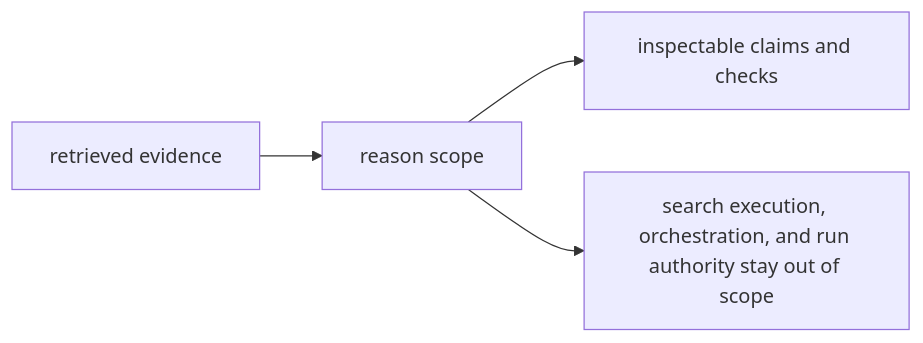
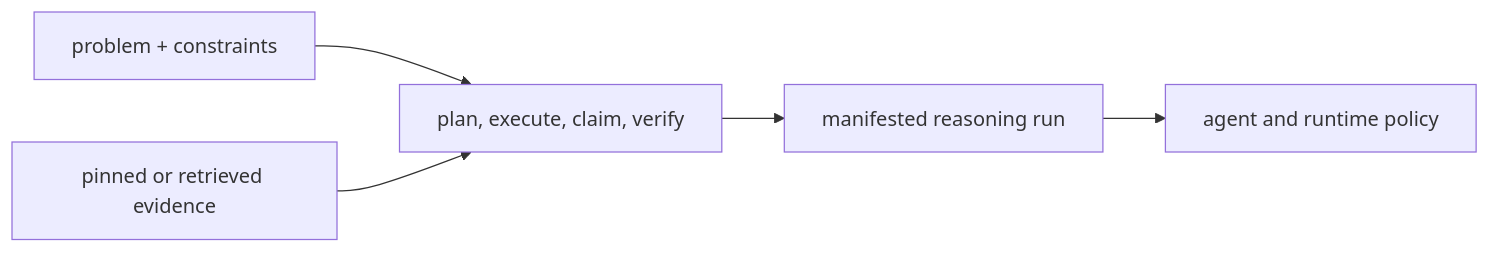
One commit to bijux/bijux-canon changed the diagram in docs/04-bijux-canon-reason/foundation/scope-and-non-goals.md. Above: the diagram before and after it, drawn with Mermaid. The commit also changed other lines of this file and 2 other files, not shown here.

Commit message:
docs(reason): define evidence interpretation authority

````diff
--- a/docs/04-bijux-canon-reason/foundation/scope-and-non-goals.md
+++ b/docs/04-bijux-canon-reason/foundation/scope-and-non-goals.md
@@ -16,10 +17,11 @@
 ```mermaid
 flowchart LR
-    evidence["retrieved evidence"]
-    scope["reason scope"]
-    artifacts["inspectable claims and checks"]
-    refuse["search execution, orchestration, and run authority stay out of scope"]
+    spec["problem + constraints"]
+    evidence["pinned or retrieved evidence"]
+    reason["plan, execute, claim, verify"]
+    run["manifested reasoning run"]
+    orchestration["agent and runtime policy"]
 
-    evidence --> scope --> artifacts
-    scope --> refuse
+    spec --> reason
+    evidence --> reason --> run --> orchestration
 ```
````
